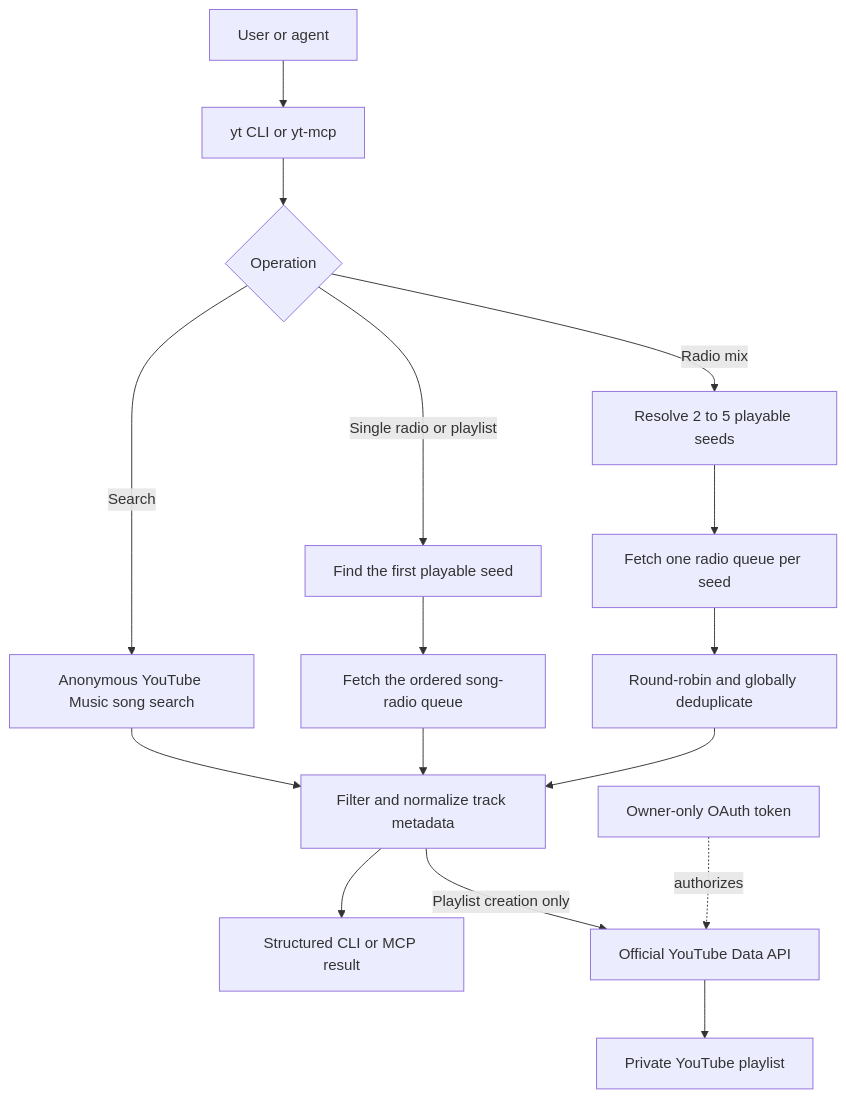
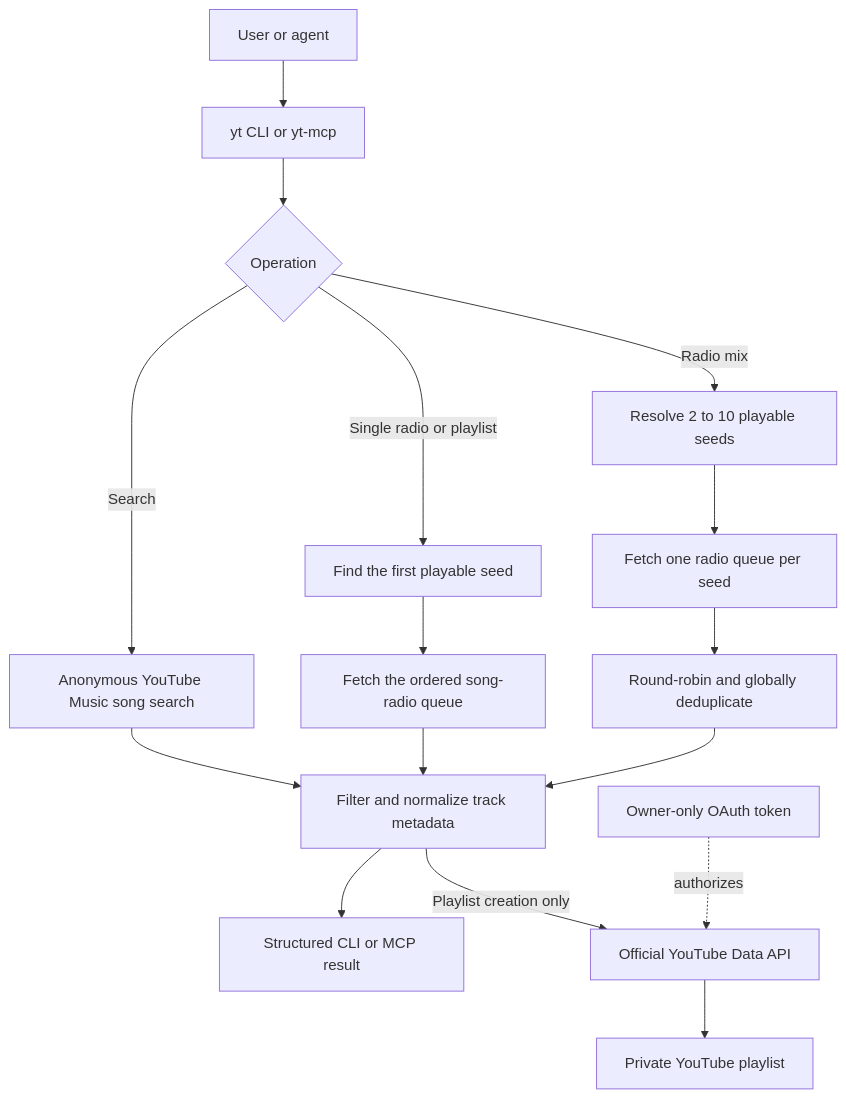
Before and after one commit to stevenmichiels/yt-mcp: the diagram in README.md, drawn with Mermaid. The commit also changed other lines of this file and 5 other files, not shown here.

Commit message:
feat: support ten radio mix seeds

````diff
--- a/README.md
+++ b/README.md
@@ -6,18 +6,18 @@
 ```mermaid
 flowchart TD
     U[User or agent] --> E[yt CLI or yt-mcp]
     E --> O{Operation}
     O -->|Search| S[Anonymous YouTube Music song search]
     O -->|Single radio or playlist| Q[Find the first playable seed]
     Q --> R[Fetch the ordered song-radio queue]
-    O -->|Radio mix| Q5[Resolve 2 to 5 playable seeds]
+    O -->|Radio mix| Q5[Resolve 2 to 10 playable seeds]
     Q5 --> R5[Fetch one radio queue per seed]
     R5 --> M[Round-robin and globally deduplicate]
     S --> N[Filter and normalize track metadata]
     R --> N
     M --> N
     N --> T[Structured CLI or MCP result]
     N -->|Playlist creation only| W[Official YouTube Data API]
     A[Owner-only OAuth token] -. authorizes .-> W
     W --> P[Private YouTube playlist]
 ```
````
